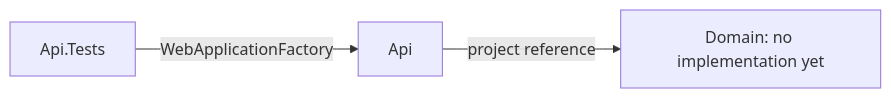
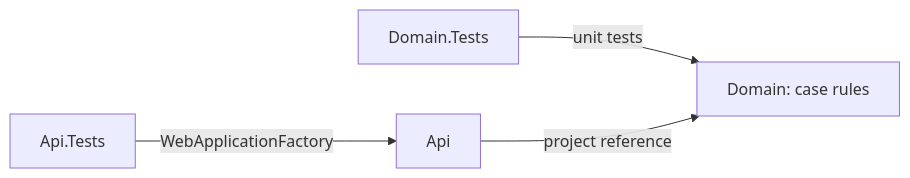
Before and after one commit to shivamchopra/enterprise-case-intelligence: the first of 2 diagrams in docs/architecture/overview.md, drawn with Mermaid. The commit also changed other lines of this file and 9 other files, not shown here.

Commit message:
feat: implement case domain rules with focused tests

````diff
--- a/docs/architecture/overview.md
+++ b/docs/architecture/overview.md
@@ -15,5 +17,6 @@
 ```mermaid
 flowchart LR
-    Tests[Api.Tests] -->|WebApplicationFactory| Api[Api]
-    Api -->|project reference| Domain[Domain: no implementation yet]
+    ApiTests[Api.Tests] -->|WebApplicationFactory| Api[Api]
+    DomainTests[Domain.Tests] -->|unit tests| Domain[Domain: case rules]
+    Api -->|project reference| Domain
 ```
````
